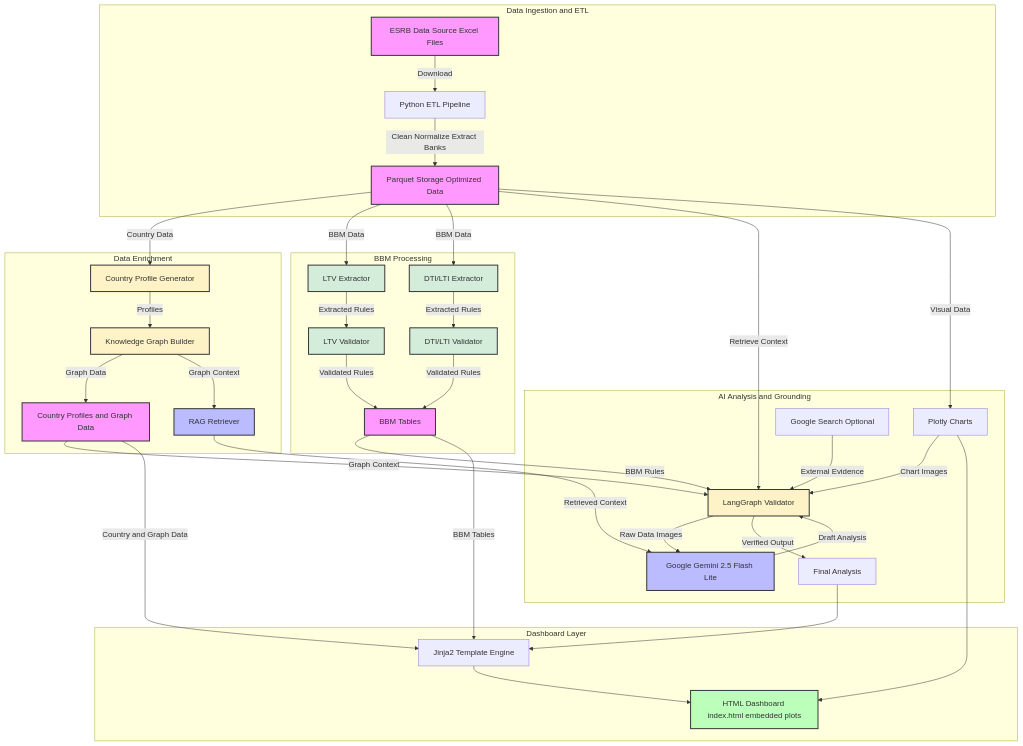
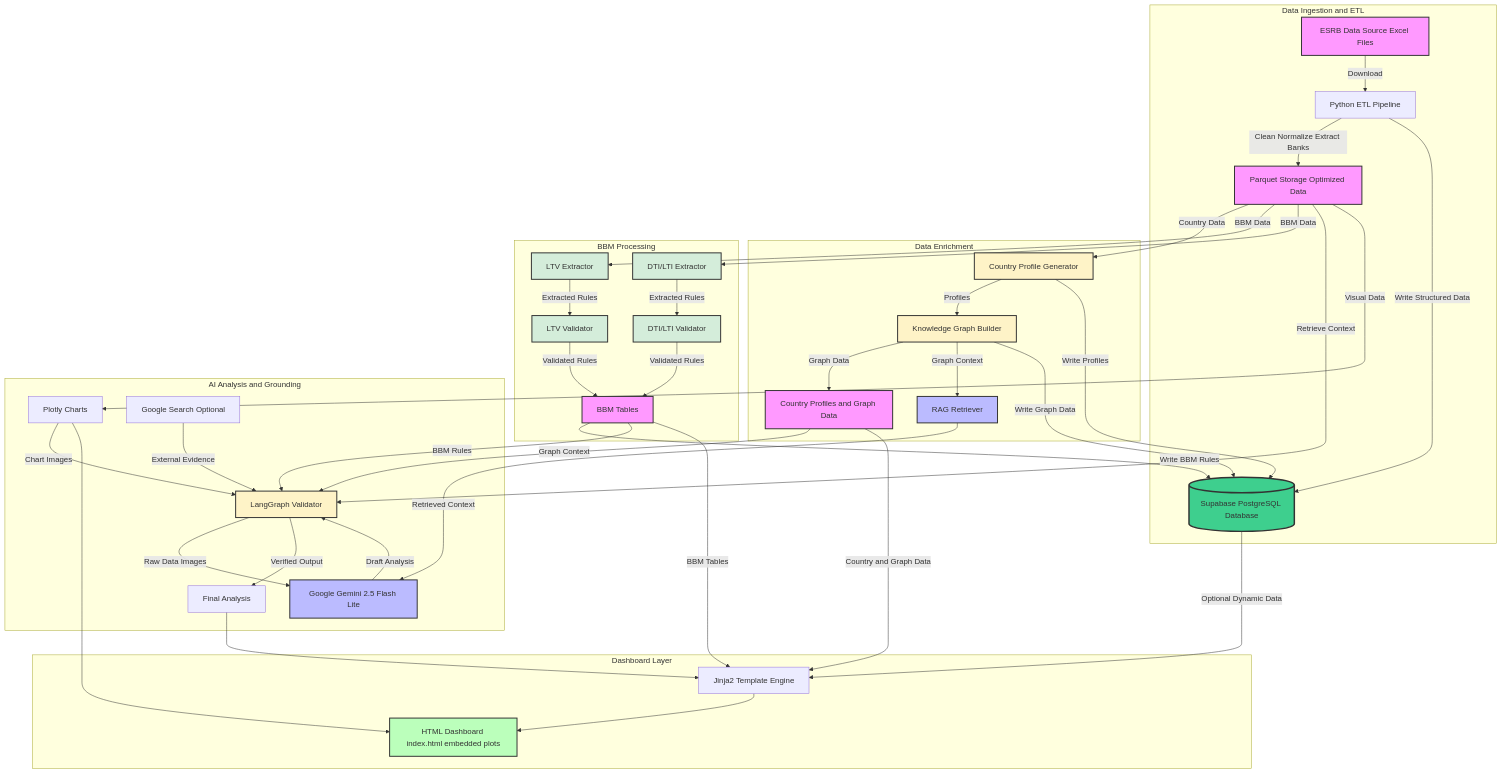
The diagram in README.md (palicza2/Macroprudential-policy-hub), drawn with Mermaid before and after one commit. The commit also changed 54 other files, not shown here.

Commit message:
Add Supabase database to Mermaid diagram and update Country Profiles display

````diff
--- a/README.md
+++ b/README.md
@@ -114,59 +114,65 @@
 ```mermaid
 graph TD
     subgraph DataIngestion[Data Ingestion and ETL]
         A[ESRB Data Source Excel Files] -->|Download| B[Python ETL Pipeline]
         B -->|Clean Normalize Extract Banks| C[Parquet Storage Optimized Data]
+        B -->|Write Structured Data| DB[(Supabase PostgreSQL Database)]
     end
 
     subgraph DataEnrichment[Data Enrichment]
         C -->|Country Data| K[Country Profile Generator]
         K -->|Profiles| L[Knowledge Graph Builder]
         L -->|Graph Data| M[Country Profiles and Graph Data]
         L -->|Graph Context| N[RAG Retriever]
+        K -->|Write Profiles| DB
+        L -->|Write Graph Data| DB
     end
 
     subgraph BBMProcessing[BBM Processing]
         C -->|BBM Data| O[LTV Extractor]
         C -->|BBM Data| P[DTI/LTI Extractor]
         O -->|Extracted Rules| Q[LTV Validator]
         P -->|Extracted Rules| R[DTI/LTI Validator]
         Q -->|Validated Rules| S[BBM Tables]
         R -->|Validated Rules| S
+        S -->|Write BBM Rules| DB
     end
 
     subgraph AICore[AI Analysis and Grounding]
         C -->|Retrieve Context| D[LangGraph Validator]
         H[Plotly Charts] -->|Chart Images| D
         J[Google Search Optional] -->|External Evidence| D
         M -->|Graph Context| D
         N -->|Retrieved Context| E[Google Gemini 2.5 Flash Lite]
         S -->|BBM Rules| D
         D -->|Raw Data Images| E
         E -->|Draft Analysis| D
         D -->|Verified Output| F[Final Analysis]
     end
 
     subgraph Presentation[Dashboard Layer]
         F --> G[Jinja2 Template Engine]
         C -->|Visual Data| H
         M -->|Country and Graph Data| G
         S -->|BBM Tables| G
+        DB -->|Optional Dynamic Data| G
         G --> I[HTML Dashboard index.html embedded plots]
         H --> I
     end
 
     style A fill:#f9f,stroke:#333,stroke-width:2px
     style C fill:#f9f,stroke:#333,stroke-width:2px
+    style DB fill:#3ecf8e,stroke:#333,stroke-width:3px
     style E fill:#bbf,stroke:#333,stroke-width:2px
     style D fill:#fef3c7,stroke:#333,stroke-width:2px
     style K fill:#fef3c7,stroke:#333,stroke-width:2px
     style L fill:#fef3c7,stroke:#333,stroke-width:2px
     style M fill:#f9f,stroke:#333,stroke-width:2px
     style N fill:#bbf,stroke:#333,stroke-width:2px
     style O fill:#d4edda,stroke:#333,stroke-width:2px
     style P fill:#d4edda,stroke:#333,stroke-width:2px
     style Q fill:#d4edda,stroke:#333,stroke-width:2px
     style R fill:#d4edda,stroke:#333,stroke-width:2px
     style S fill:#f9f,stroke:#333,stroke-width:2px
     style I fill:#bfb,stroke:#333,stroke-width:2px
 ```
````
